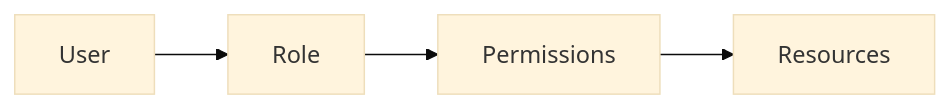
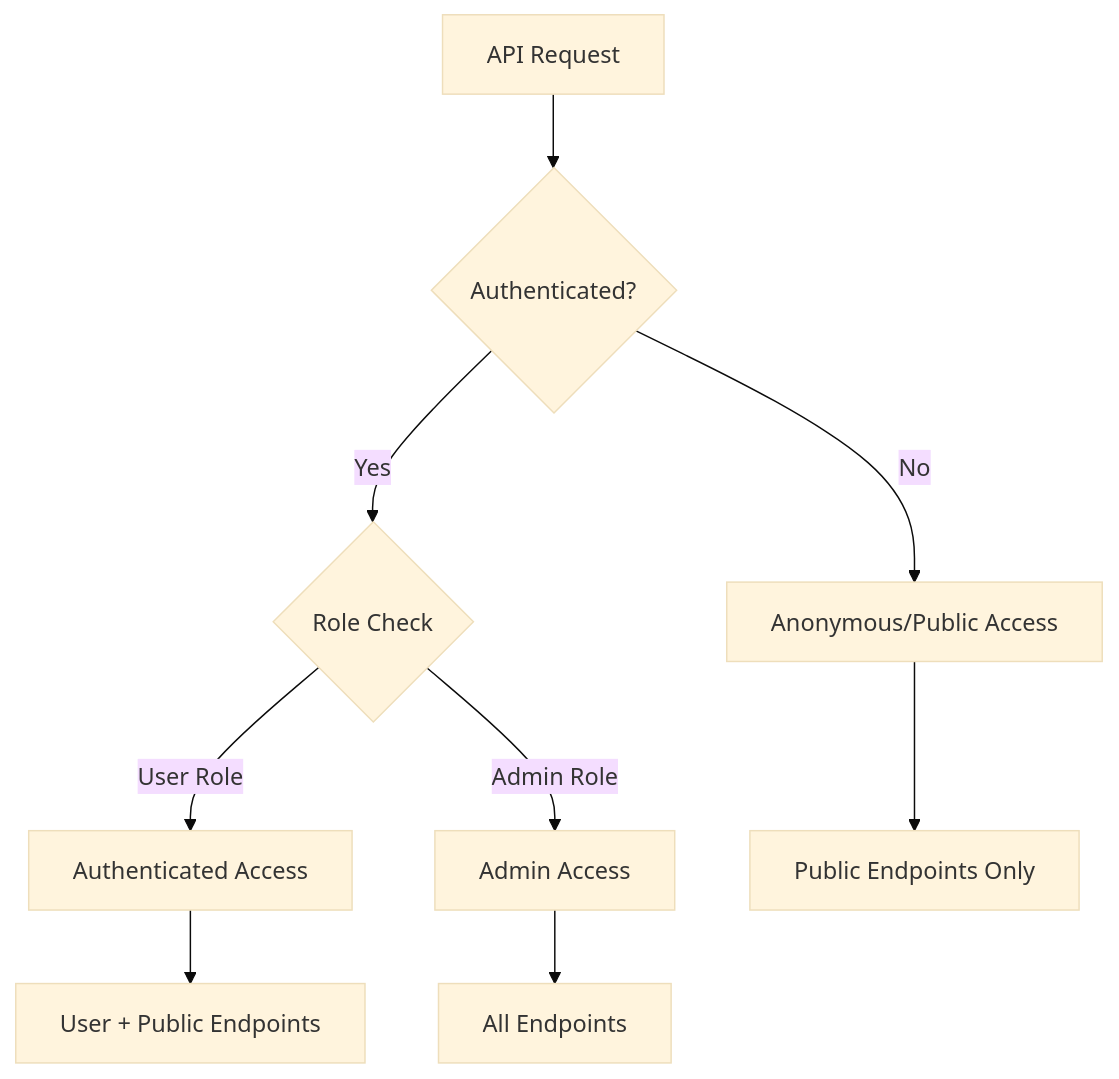
One commit to osintukraine/osint-platform-docs changed the diagram in docs/security-guide/authorization.md. Above: the diagram before and after it, drawn with Mermaid (base theme). The commit also changed other lines of this file and 23 other files, not shown here.

````diff
--- a/docs/security-guide/authorization.md
+++ b/docs/security-guide/authorization.md
@@ -30,6 +13,12 @@
 ```mermaid
-graph LR
-    A[User] --> B[Role]
-    B --> C[Permissions]
-    C --> D[Resources]
+graph TD
+    A[API Request] --> B{Authenticated?}
+    B -->|No| C[Anonymous/Public Access]
+    B -->|Yes| D{Role Check}
+    D -->|User Role| E[Authenticated Access]
+    D -->|Admin Role| F[Admin Access]
+
+    C --> G[Public Endpoints Only]
+    E --> H[User + Public Endpoints]
+    F --> I[All Endpoints]
 ```
````
